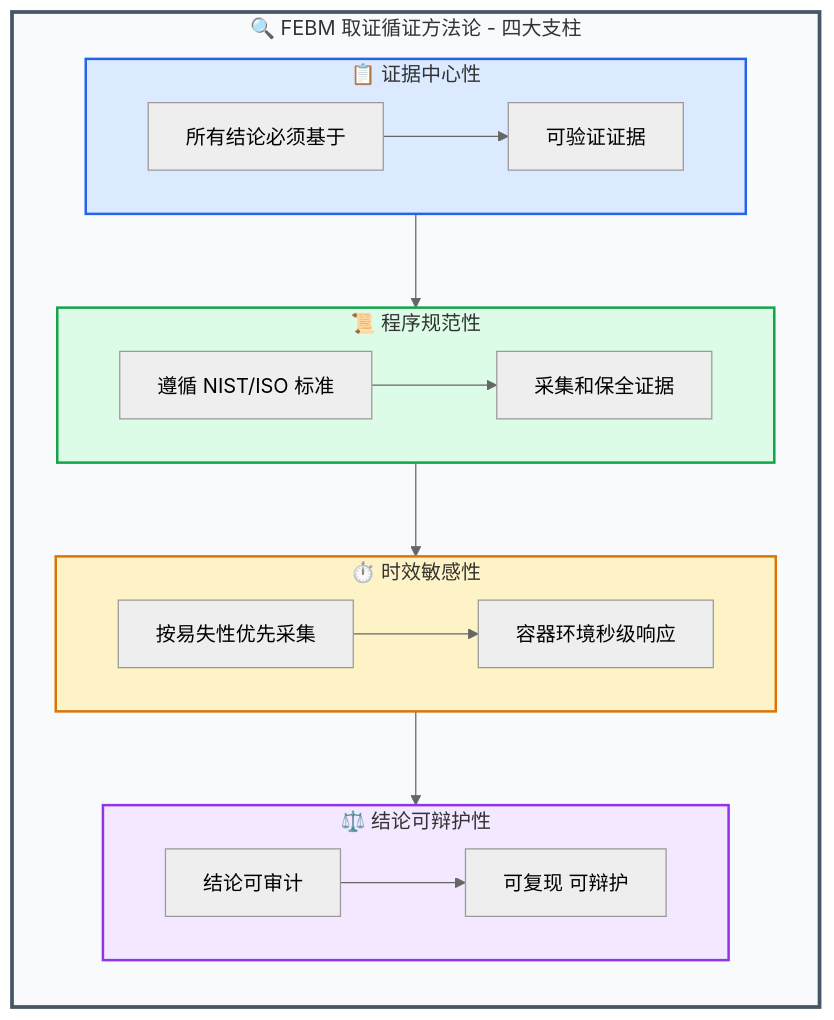
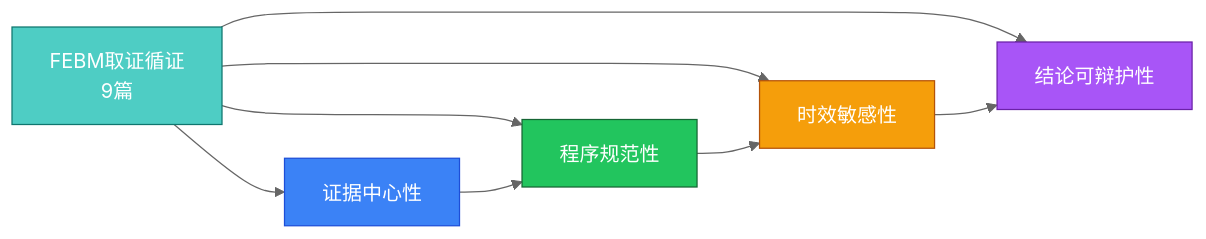
One commit to kudig-io/kudig-database changed the fifth of 6 diagrams in README.md. Above: the diagram before and after it, drawn with Mermaid (neutral theme). The commit also changed other lines of this file, not shown here.

````diff
--- a/README.md
+++ b/README.md
@@ -732,40 +517,15 @@
 ```mermaid
-flowchart TB
-    subgraph FEBM["🔍 FEBM 取证循证方法论 - 四大支柱"]
-        direction TB
-        
-        subgraph P1["📋 证据中心性"]
-            p1a[所有结论必须基于]
-            p1b[可验证证据]
-            p1a --> p1b
-        end
-        
-        subgraph P2["📜 程序规范性"]
-            p2a[遵循 NIST/ISO 标准]
-            p2b[采集和保全证据]
-            p2a --> p2b
-        end
-        
-        subgraph P3["⏱️ 时效敏感性"]
-            p3a[按易失性优先采集]
-            p3b[容器环境秒级响应]
-            p3a --> p3b
-        end
-        
-        subgraph P4["⚖️ 结论可辩护性"]
-            p4a[结论可审计]
-            p4b[可复现 可辩护]
-            p4a --> p4b
-        end
-        
-        P1 --> P2
-        P2 --> P3
-        P3 --> P4
-    end
+flowchart LR
+    A[FEBM取证循证<br/>9篇] --> B[证据中心性]
+    A --> C[程序规范性]
+    A --> D[时效敏感性]
+    A --> E[结论可辩护性]
     
-    style P1 fill:#dbeafe,stroke:#2563eb,stroke-width:2px
-    style P2 fill:#dcfce7,stroke:#16a34a,stroke-width:2px
-    style P3 fill:#fef3c7,stroke:#d97706,stroke-width:2px
-    style P4 fill:#f3e8ff,stroke:#9333ea,stroke-width:2px
-    style FEBM fill:#f8fafc,stroke:#475569,stroke-width:3px
+    B --> C --> D --> E
+    
+    style A fill:#4ecdc4,stroke:#0f766e,color:#fff
+    style B fill:#3b82f6,stroke:#1d4ed8,color:#fff
+    style C fill:#22c55e,stroke:#166534,color:#fff
+    style D fill:#f59e0b,stroke:#b45309,color:#fff
+    style E fill:#a855f7,stroke:#6b21a8,color:#fff
 ```
````
